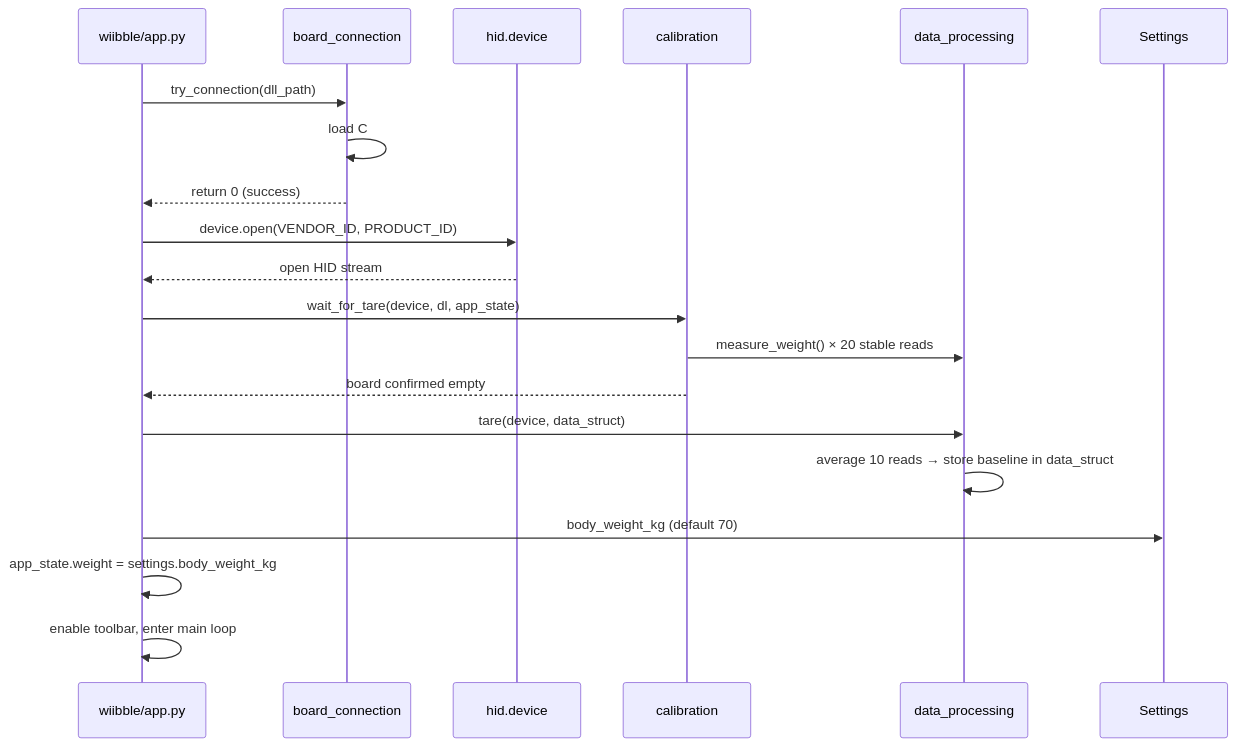
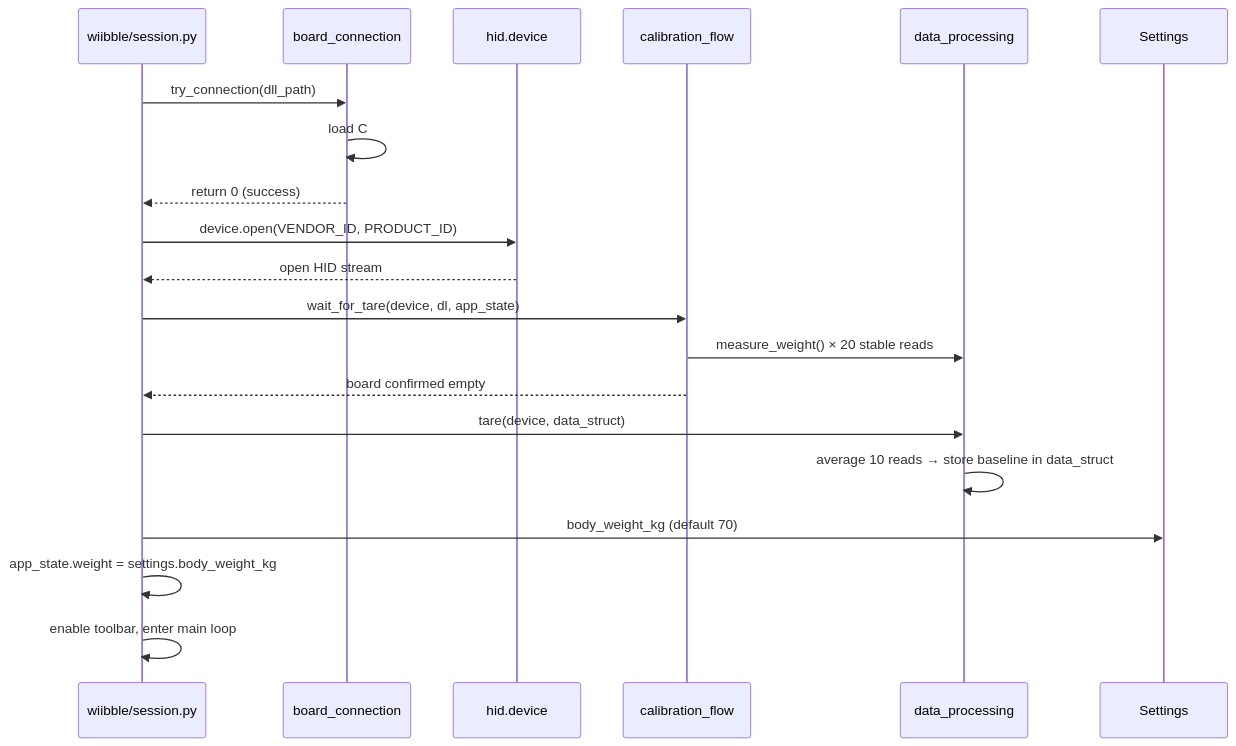
The fourth of 7 diagrams in docs/dev/architecture.md (NeuroRehack/WIIBBLE), drawn with Mermaid before and after one commit. The commit also changed other lines of this file and 9 other files, not shown here.

````diff
--- a/docs/dev/architecture.md
+++ b/docs/dev/architecture.md
@@ -80,26 +202,26 @@
 ```mermaid
 sequenceDiagram
-    participant app as wiibble/app.py
+    participant session as wiibble/session.py
     participant bc as board_connection
     participant hid as hid.device
-    participant calib as calibration
+    participant calib as calibration_flow
     participant dp as data_processing
     participant settings as Settings
 
-    app->>bc: try_connection(dll_path)
+    session->>bc: try_connection(dll_path)
     bc->>bc: load C# DLL, Connect(), Disconnect()
-    bc-->>app: return 0 (success)
-    app->>hid: device.open(VENDOR_ID, PRODUCT_ID)
-    hid-->>app: open HID stream
+    bc-->>session: return 0 (success)
+    session->>hid: device.open(VENDOR_ID, PRODUCT_ID)
+    hid-->>session: open HID stream
 
-    app->>calib: wait_for_tare(device, dl, app_state)
+    session->>calib: wait_for_tare(device, dl, app_state)
     calib->>dp: measure_weight() × 20 stable reads
-    calib-->>app: board confirmed empty
+    calib-->>session: board confirmed empty
 
-    app->>dp: tare(device, data_struct)
+    session->>dp: tare(device, data_struct)
     dp->>dp: average 10 reads → store baseline in data_struct
 
-    app->>settings: body_weight_kg (default 70)
-    app->>app: app_state.weight = settings.body_weight_kg
-    app->>app: enable toolbar, enter main loop
+    session->>settings: body_weight_kg (default 70)
+    session->>session: app_state.weight = settings.body_weight_kg
+    session->>session: enable toolbar, enter main loop
 ```
````
